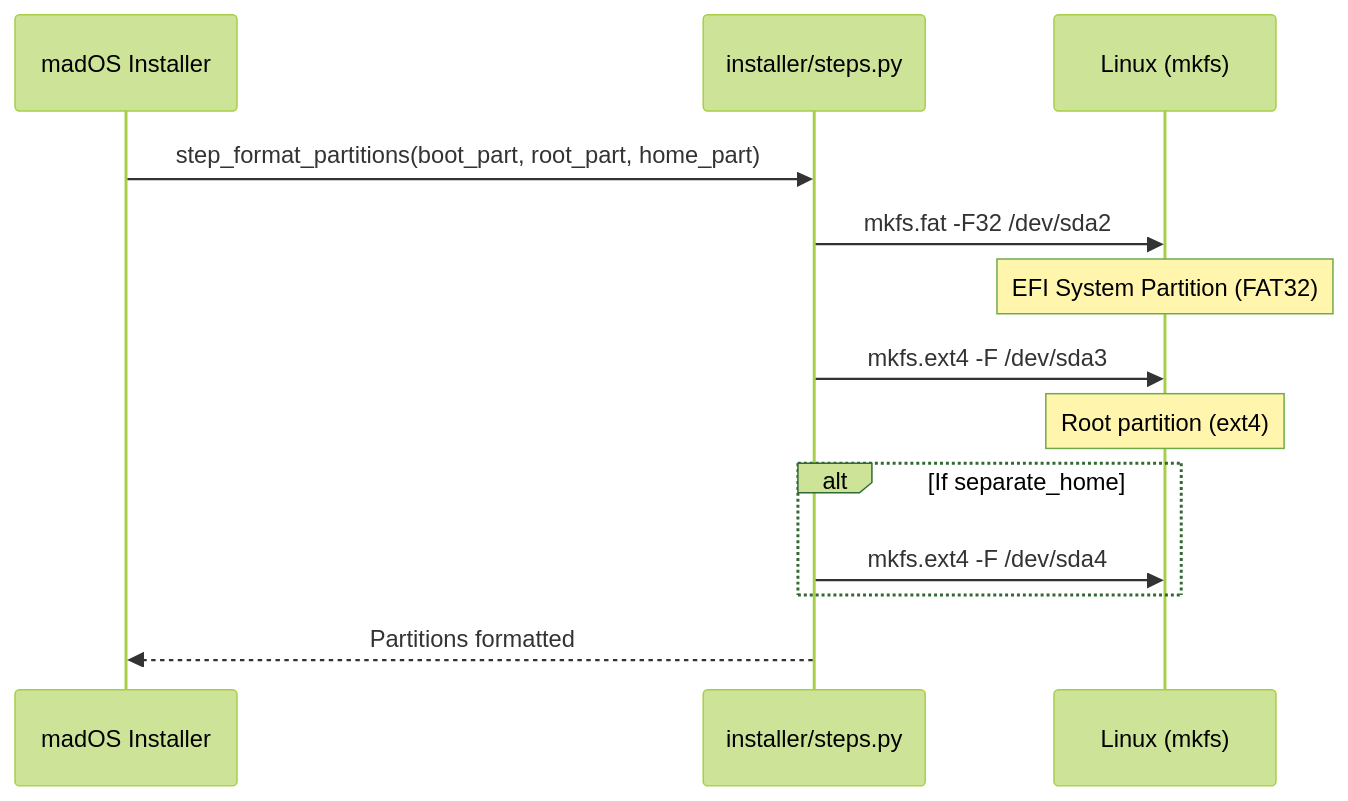
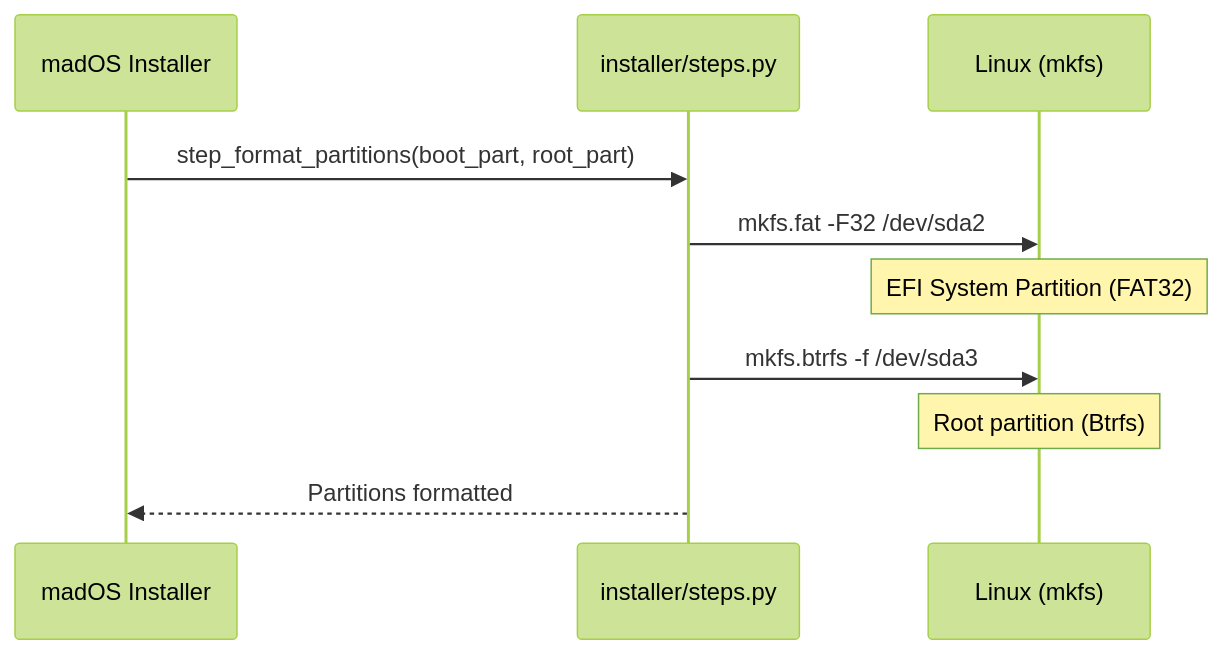
Before and after one commit to madoslinux/mados-installer: the third of 13 diagrams in INSTALLATION_FLOW.md, drawn with Mermaid (forest theme). The commit also changed other lines of this file and 3 other files, not shown here.

````diff
--- a/INSTALLATION_FLOW.md
+++ b/INSTALLATION_FLOW.md
@@ -59,20 +71,16 @@
 ```mermaid
 sequenceDiagram
     participant App as madOS Installer
     participant Steps as installer/steps.py
     participant System as Linux (mkfs)
 
-    App->>Steps: step_format_partitions(boot_part, root_part, home_part)
+    App->>Steps: step_format_partitions(boot_part, root_part)
 
     Steps->>System: mkfs.fat -F32 /dev/sda2
     Note over System: EFI System Partition (FAT32)
 
-    Steps->>System: mkfs.ext4 -F /dev/sda3
-    Note over System: Root partition (ext4)
-
-    alt If separate_home
-        Steps->>System: mkfs.ext4 -F /dev/sda4
-    end
+    Steps->>System: mkfs.btrfs -f /dev/sda3
+    Note over System: Root partition (Btrfs)
 
     Steps-->>App: Partitions formatted
 ```
````
